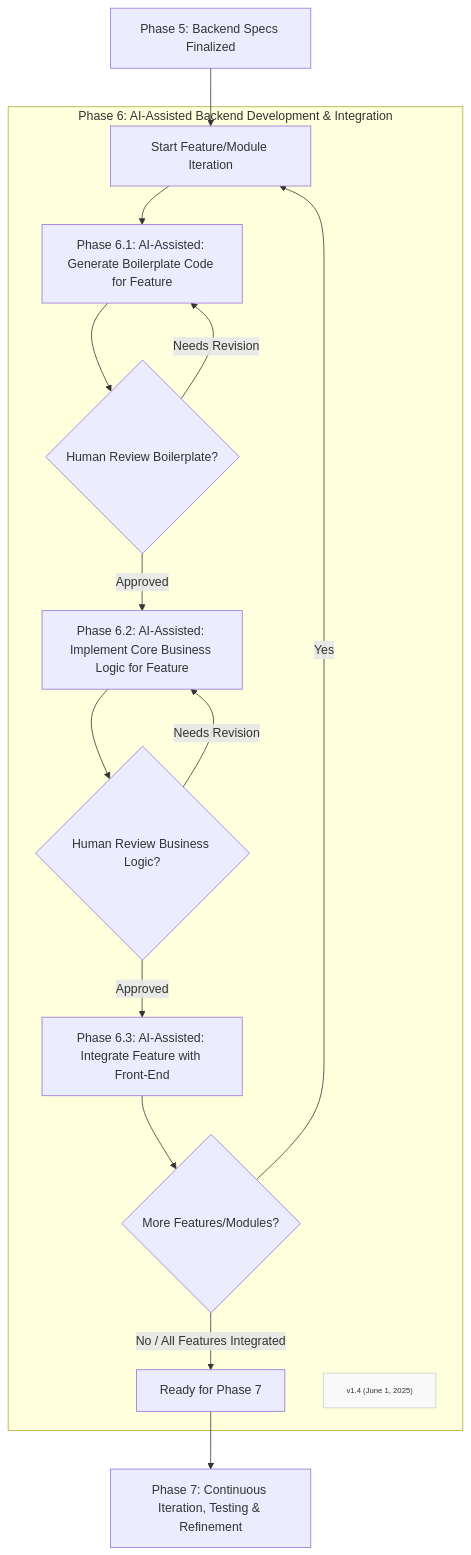
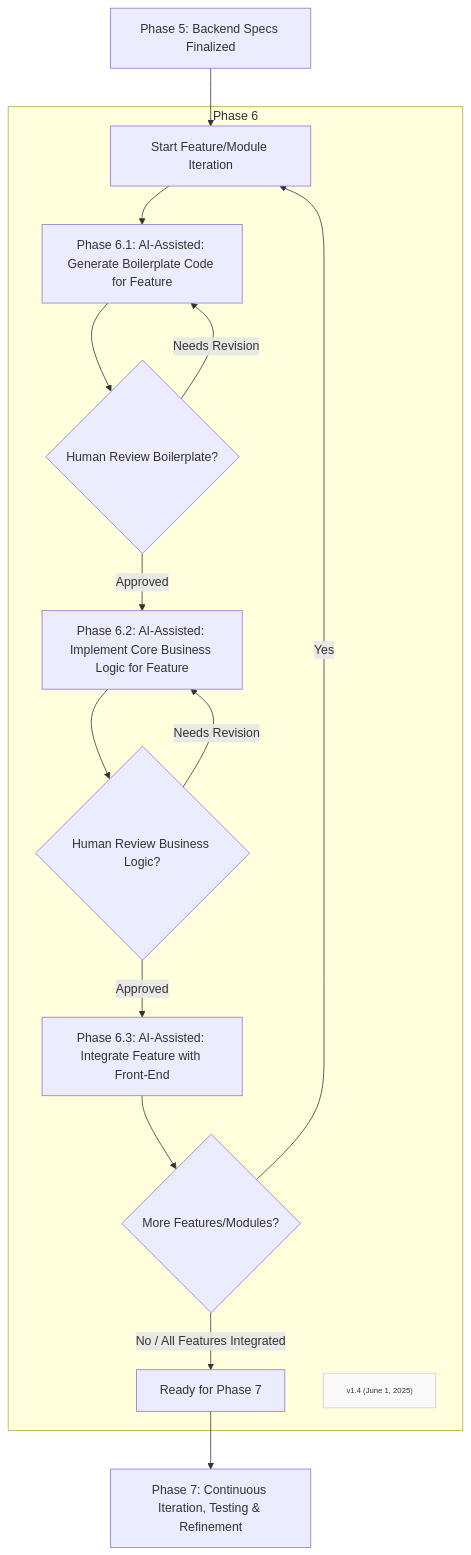
The diagram in Phases/FF-phase6.md (Mharbulous/Front-First-Method), drawn with Mermaid before and after one commit. The commit also changed other lines of this file, not shown here.

````diff
--- a/Phases/FF-phase6.md
+++ b/Phases/FF-phase6.md
@@ -2,22 +2,22 @@
 ```mermaid
 graph TD
     D_Spec["Phase 5: Backend Specs Finalized"] --> D_Loop_Start["Start Feature/Module Iteration"]
     
-    subgraph Phase6 ["Phase 6: AI-Assisted Backend Development & Integration"]
+    subgraph Phase6 ["Phase 6"]
         D_Loop_Start --> Phase6_1["Phase 6.1: AI-Assisted: Generate Boilerplate Code for Feature"]
         Phase6_1 --> Phase6_1_Val{"Human Review Boilerplate?"}
         Phase6_1_Val -->|Needs Revision| Phase6_1
         Phase6_1_Val -->|Approved| Phase6_2["Phase 6.2: AI-Assisted: Implement Core Business Logic for Feature"]
         Phase6_2 --> Phase6_2_Val{"Human Review Business Logic?"}
         Phase6_2_Val -->|Needs Revision| Phase6_2
         Phase6_2_Val -->|Approved| Phase6_3["Phase 6.3: AI-Assisted: Integrate Feature with Front-End"]
         Phase6_3 --> D_Loop_Check{"More Features/Modules?"}
         D_Loop_Check -->|Yes| D_Loop_Start
         D_Loop_Check -->|No / All Features Integrated| ReadyForPhase7["Ready for Phase 7"]
         Version["v1.4 (June 1, 2025)"]
         classDef version fill:#f9f9f9,stroke:#ccc,font-size:10px
         class Version version
     end
 
 ReadyForPhase7 --> Phase7["Phase 7: Continuous Iteration, Testing & Refinement"]
 ```
````
